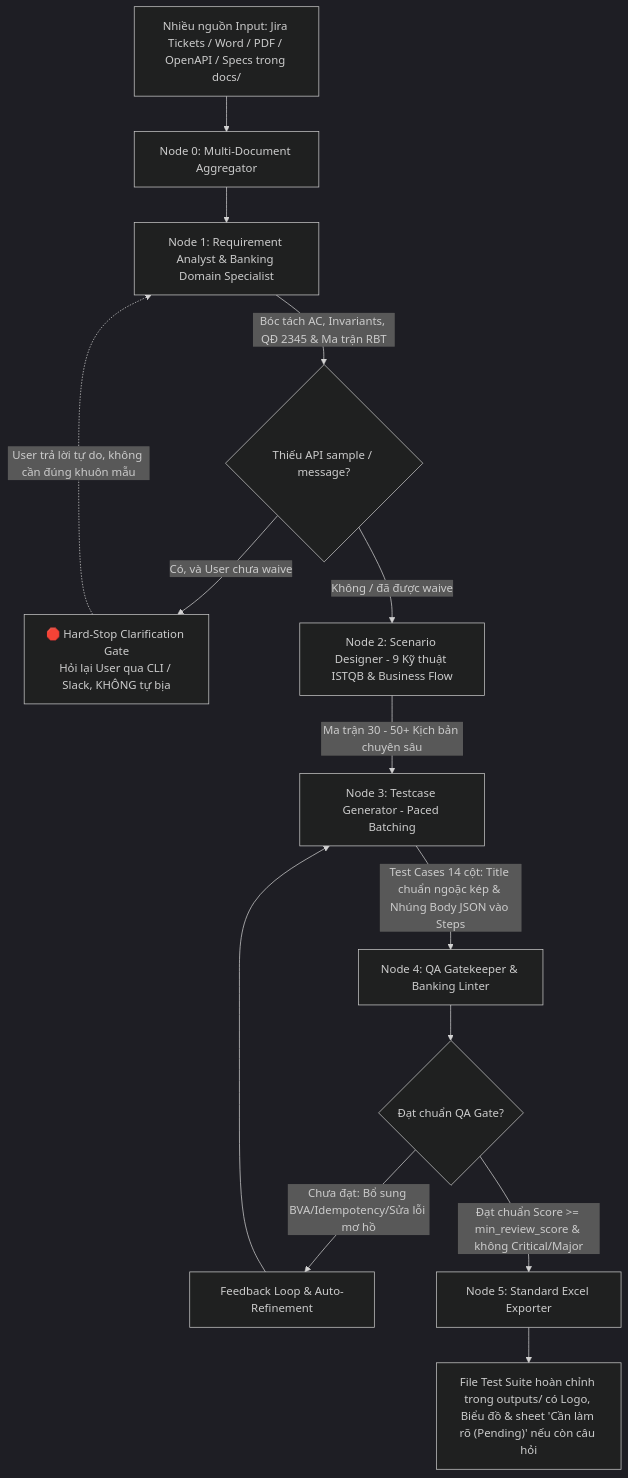
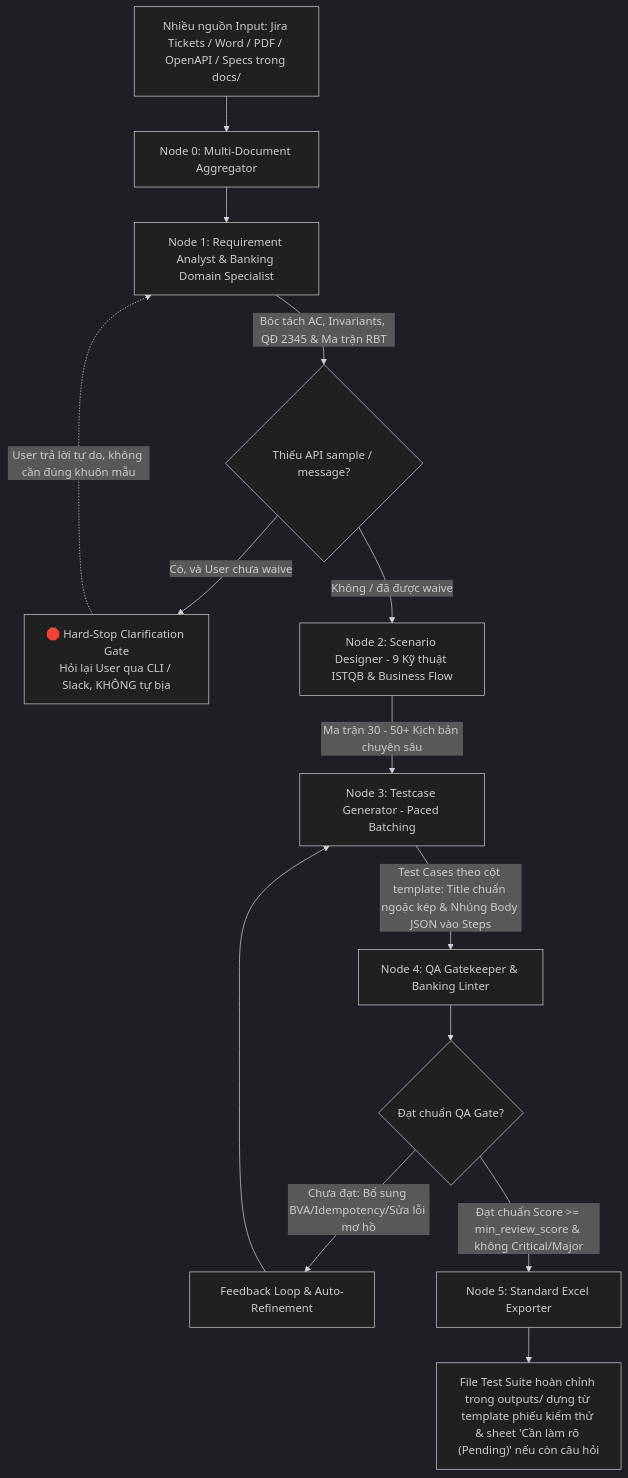
The diagram in README.md (gary1633/qa-ai-gen-testcase), drawn with Mermaid (dark theme) before and after one commit. The commit also changed other lines of this file and 54 other files, not shown here.

````diff
--- a/README.md
+++ b/README.md
@@ -27,16 +27,16 @@
 ```mermaid
 flowchart TD
     A[Nhiều nguồn Input: Jira Tickets / Word / PDF / OpenAPI / Specs trong docs/] --> B[Node 0: Multi-Document Aggregator]
     B --> C[Node 1: Requirement Analyst & Banking Domain Specialist]
     C -->|Bóc tách AC, Invariants, QĐ 2345 & Ma trận RBT| CG{Thiếu API sample / message?}
     CG -- Có, và User chưa waive --> STOP[🛑 Hard-Stop Clarification Gate<br/>Hỏi lại User qua CLI / Slack, KHÔNG tự bịa]
     STOP -.User trả lời tự do, không cần đúng khuôn mẫu.-> C
     CG -- Không / đã được waive --> D[Node 2: Scenario Designer - 9 Kỹ thuật ISTQB & Business Flow]
     D -->|Ma trận 30 - 50+ Kịch bản chuyên sâu| E[Node 3: Testcase Generator - Paced Batching]
-    E -->|Test Cases 14 cột: Title chuẩn ngoặc kép & Nhúng Body JSON vào Steps| F[Node 4: QA Gatekeeper & Banking Linter]
+    E -->|Test Cases theo cột template: Title chuẩn ngoặc kép & Nhúng Body JSON vào Steps| F[Node 4: QA Gatekeeper & Banking Linter]
     F --> G{Đạt chuẩn QA Gate?}
     G -- Chưa đạt: Bổ sung BVA/Idempotency/Sửa lỗi mơ hồ --> H[Feedback Loop & Auto-Refinement]
     H --> E
     G -- Đạt chuẩn Score >= min_review_score & không Critical/Major --> I[Node 5: Standard Excel Exporter]
-    I --> J["File Test Suite hoàn chỉnh trong outputs/ có Logo, Biểu đồ & sheet 'Cần làm rõ (Pending)' nếu còn câu hỏi"]
+    I --> J["File Test Suite hoàn chỉnh trong outputs/ dựng từ template phiếu kiểm thử & sheet 'Cần làm rõ (Pending)' nếu còn câu hỏi"]
 ```
````
